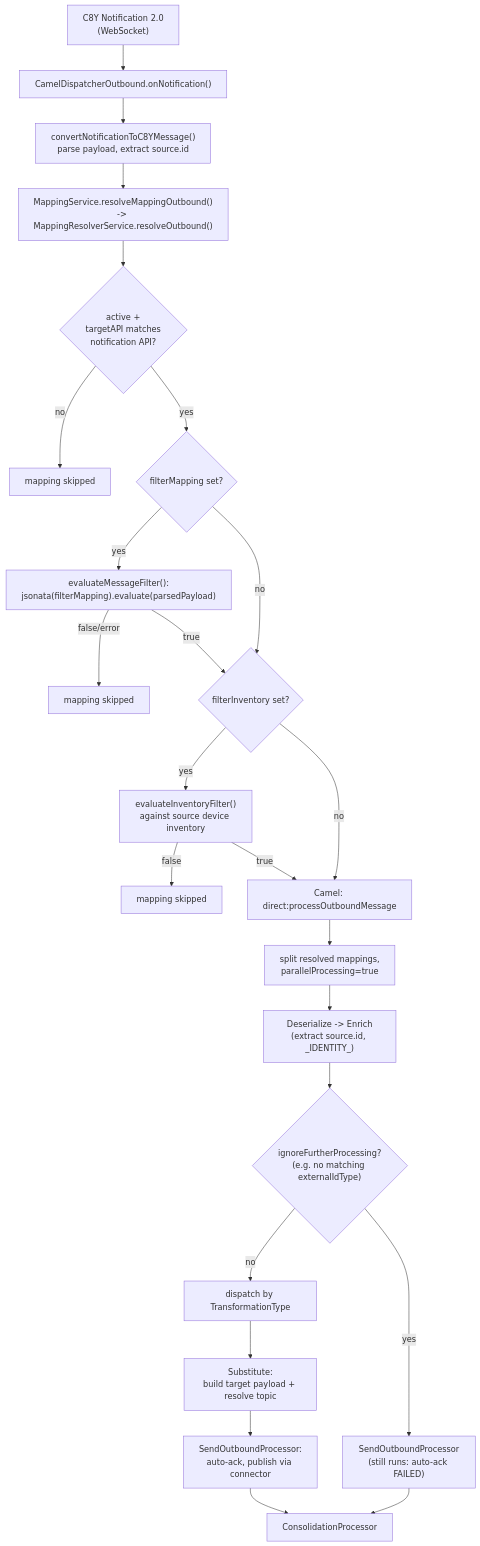
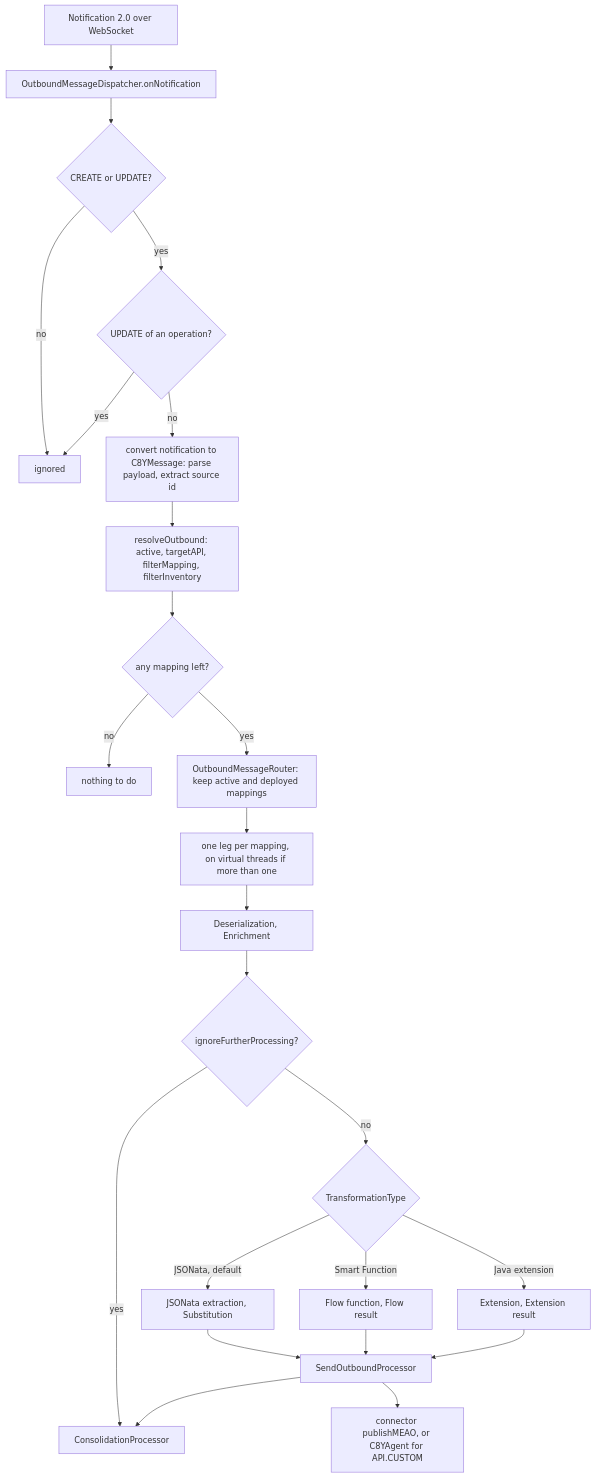
Before and after one commit to Cumulocity-IoT/cumulocity-dynamic-mapper: the first of 2 diagrams in docs/feature/mapping-processing-outbound.md, drawn with Mermaid. The commit also changed other lines of this file and 12 other files, not shown here.

````diff
--- a/docs/feature/mapping-processing-outbound.md
+++ b/docs/feature/mapping-processing-outbound.md
@@ -53,26 +57,26 @@
 ```mermaid
 flowchart TD
-    N["C8Y Notification 2.0\n(WebSocket)"] --> CB["CamelDispatcherOutbound.onNotification()"]
-    CB --> CONV["convertNotificationToC8YMessage()\nparse payload, extract source.id"]
-    CONV --> RESOLVE["MappingService.resolveMappingOutbound()\n-> MappingResolverService.resolveOutbound()"]
-    RESOLVE --> ACTIVE{"active +\ntargetAPI matches\nnotification API?"}
-    ACTIVE -- no --> DROP1["mapping skipped"]
-    ACTIVE -- yes --> FILTM{"filterMapping set?"}
-    FILTM -- yes --> EVALM["evaluateMessageFilter():\njsonata(filterMapping).evaluate(parsedPayload)"]
-    EVALM -- false/error --> DROP2["mapping skipped"]
-    EVALM -- true --> FILTI
-    FILTM -- no --> FILTI{"filterInventory set?"}
-    FILTI -- yes --> EVALI["evaluateInventoryFilter()\nagainst source device inventory"]
-    EVALI -- false --> DROP3["mapping skipped"]
-    EVALI -- true --> CAMEL
-    FILTI -- no --> CAMEL["Camel: direct:processOutboundMessage"]
-    CAMEL --> SPLIT["split resolved mappings,\nparallelProcessing=true"]
-    SPLIT --> DESER["Deserialize -> Enrich\n(extract source.id, _IDENTITY_)"]
-    DESER --> IGNORE{"ignoreFurtherProcessing?\n(e.g. no matching externalIdType)"}
-    IGNORE -- yes --> SEND_ACK["SendOutboundProcessor\n(still runs: auto-ack FAILED)"]
-    IGNORE -- no --> DISPATCH["dispatch by TransformationType"]
-    DISPATCH --> SUBST["Substitute:\nbuild target payload + resolve topic"]
-    SUBST --> SEND["SendOutboundProcessor:\nauto-ack, publish via connector"]
-    SEND --> CONS["ConsolidationProcessor"]
-    SEND_ACK --> CONS
+    N["Notification 2.0 over WebSocket"] --> D["OutboundMessageDispatcher.onNotification"]
+    D --> OPF{"CREATE or UPDATE?"}
+    OPF -- no --> DROP0["ignored"]
+    OPF -- yes --> OPU{"UPDATE of an operation?"}
+    OPU -- yes --> DROP0
+    OPU -- no --> CONV["convert notification to C8YMessage: parse payload, extract source id"]
+    CONV --> RES["resolveOutbound: active, targetAPI, filterMapping, filterInventory"]
+    RES --> NONE{"any mapping left?"}
+    NONE -- no --> DROP1["nothing to do"]
+    NONE -- yes --> ROUTER["OutboundMessageRouter: keep active and deployed mappings"]
+    ROUTER --> LEG["one leg per mapping, on virtual threads if more than one"]
+    LEG --> DESER["Deserialization, Enrichment"]
+    DESER --> IGN{"ignoreFurtherProcessing?"}
+    IGN -- yes --> CONS["ConsolidationProcessor"]
+    IGN -- no --> TT{"TransformationType"}
+    TT -- "JSONata, default" --> J["JSONata extraction, Substitution"]
+    TT -- "Smart Function" --> F["Flow function, Flow result"]
+    TT -- "Java extension" --> X["Extension, Extension result"]
+    J --> SEND["SendOutboundProcessor"]
+    F --> SEND
+    X --> SEND
+    SEND --> CONN["connector publishMEAO, or C8YAgent for API.CUSTOM"]
+    SEND --> CONS
 ```
````
